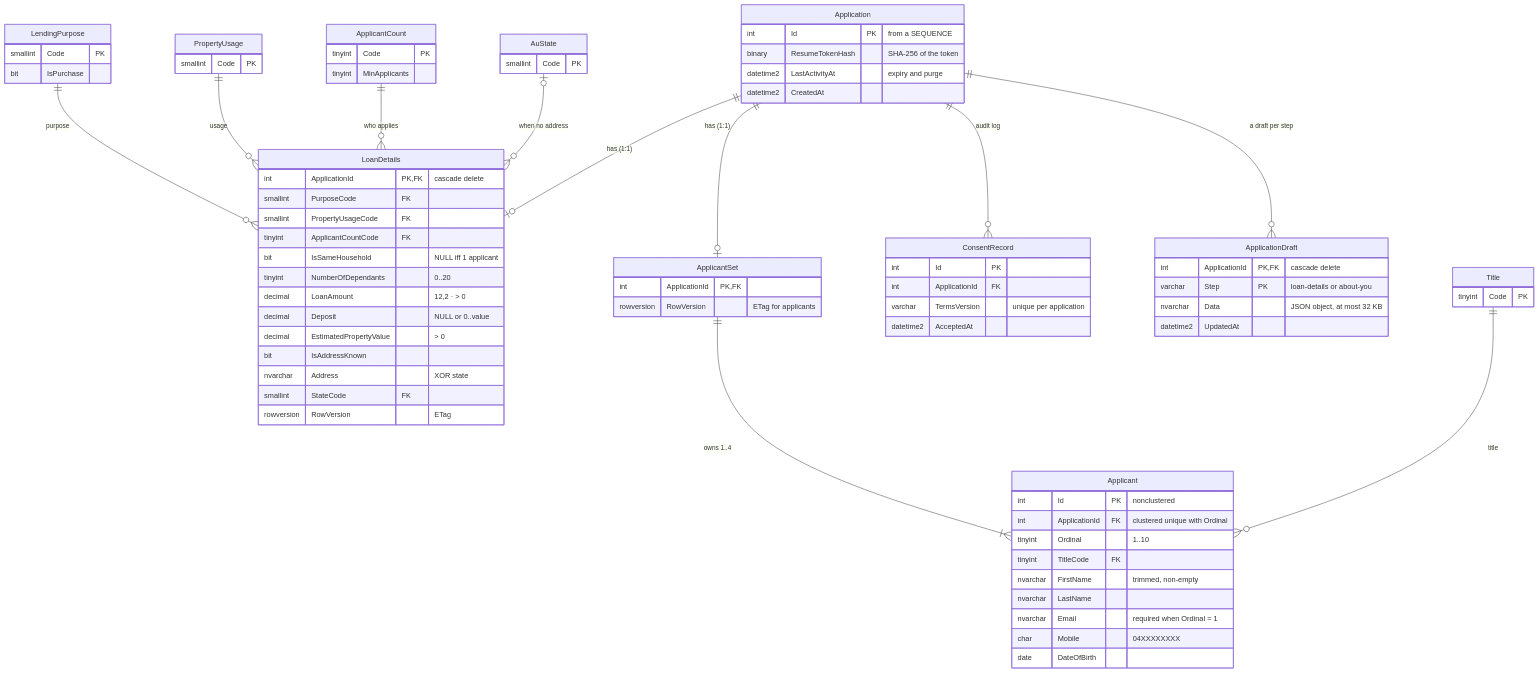
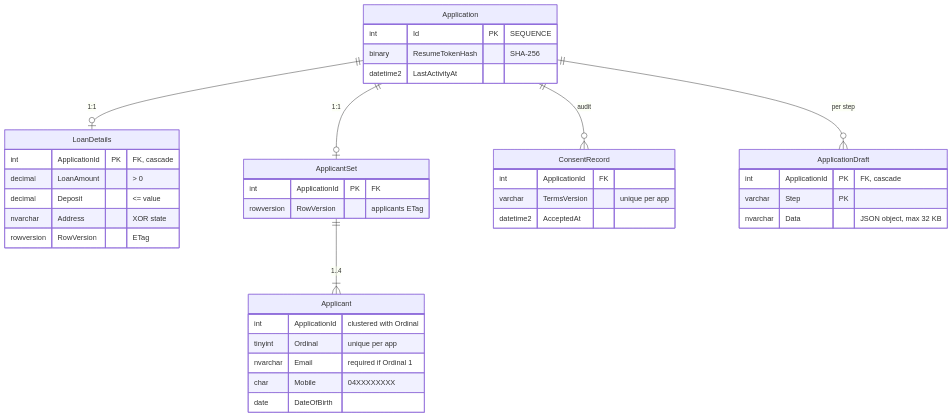
One commit to peterkovalsky/home-loan-prequal changed the first of 2 diagrams in NOTES.md. Above: the diagram before and after it, drawn with Mermaid. The commit also changed other lines of this file and 1 other file, not shown here.

````diff
--- a/NOTES.md
+++ b/NOTES.md
@@ -165,79 +60,41 @@
 ```mermaid
 erDiagram
-    Application ||--o| LoanDetails : "has (1:1)"
-    Application ||--o| ApplicantSet : "has (1:1)"
-    ApplicantSet ||--|{ Applicant : "owns 1..4"
-    Application ||--o{ ConsentRecord : "audit log"
-    Application ||--o{ ApplicationDraft : "a draft per step"
-    LendingPurpose ||--o{ LoanDetails : "purpose"
-    PropertyUsage ||--o{ LoanDetails : "usage"
-    ApplicantCount ||--o{ LoanDetails : "who applies"
-    AuState |o--o{ LoanDetails : "when no address"
-    Title ||--o{ Applicant : "title"
-
+    Application ||--o| LoanDetails : "1:1"
+    Application ||--o| ApplicantSet : "1:1"
+    ApplicantSet ||--|{ Applicant : "1..4"
+    Application ||--o{ ConsentRecord : "audit"
+    Application ||--o{ ApplicationDraft : "per step"
     Application {
-        int Id PK "from a SEQUENCE"
-        binary ResumeTokenHash "SHA-256 of the token"
-        datetime2 LastActivityAt "expiry and purge"
-        datetime2 CreatedAt
-    }
-    ApplicationDraft {
-        int ApplicationId PK, FK "cascade delete"
-        varchar Step PK "loan-details or about-you"
-        nvarchar Data "JSON object, at most 32 KB"
-        datetime2 UpdatedAt
+        int Id PK "SEQUENCE"
+        binary ResumeTokenHash "SHA-256"
+        datetime2 LastActivityAt
     }
     LoanDetails {
-        int ApplicationId PK, FK "cascade delete"
-        smallint PurposeCode FK
-        smallint PropertyUsageCode FK
-        tinyint ApplicantCountCode FK
-        bit IsSameHousehold "NULL iff 1 applicant"
-        tinyint NumberOfDependants "0..20"
-        decimal LoanAmount "12,2 · > 0"
-        decimal Deposit "NULL or 0..value"
-        decimal EstimatedPropertyValue "> 0"
-        bit IsAddressKnown
+        int ApplicationId PK "FK, cascade"
+        decimal LoanAmount "> 0"
+        decimal Deposit "<= value"
         nvarchar Address "XOR state"
-        smallint StateCode FK
         rowversion RowVersion "ETag"
     }
     ApplicantSet {
-        int ApplicationId PK, FK
-        rowversion RowVersion "ETag for applicants"
+        int ApplicationId PK "FK"
+        rowversion RowVersion "applicants ETag"
     }
     Applicant {
-        int Id PK "nonclustered"
-        int ApplicationId FK "clustered unique with Ordinal"
-        tinyint Ordinal "1..10"
-        tinyint TitleCode FK
-        nvarchar FirstName "trimmed, non-empty"
-        nvarchar LastName
-        nvarchar Email "required when Ordinal = 1"
+        int ApplicationId "clustered with Ordinal"
+        tinyint Ordinal "unique per app"
+        nvarchar Email "required if Ordinal 1"
         char Mobile "04XXXXXXXX"
         date DateOfBirth
     }
     ConsentRecord {
-        int Id PK
         int ApplicationId FK
-        varchar TermsVersion "unique per application"
+        varchar TermsVersion "unique per app"
         datetime2 AcceptedAt
     }
-    LendingPurpose {
-        smallint Code PK
-        bit IsPurchase
-    }
-    PropertyUsage {
-        smallint Code PK
-    }
-    ApplicantCount {
-        tinyint Code PK
-        tinyint MinApplicants
-    }
-    AuState {
-        smallint Code PK
-    }
-    Title {
-        tinyint Code PK
+    ApplicationDraft {
+        int ApplicationId PK "FK, cascade"
+        varchar Step PK
+        nvarchar Data "JSON object, max 32 KB"
     }
 ```
````
